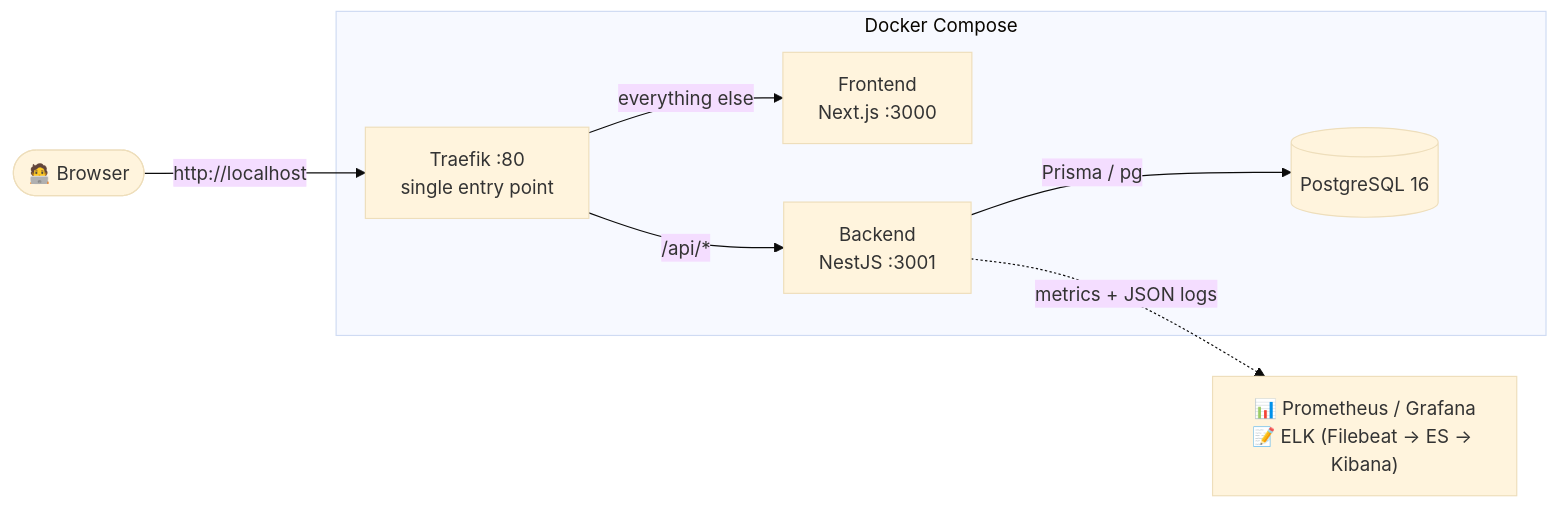
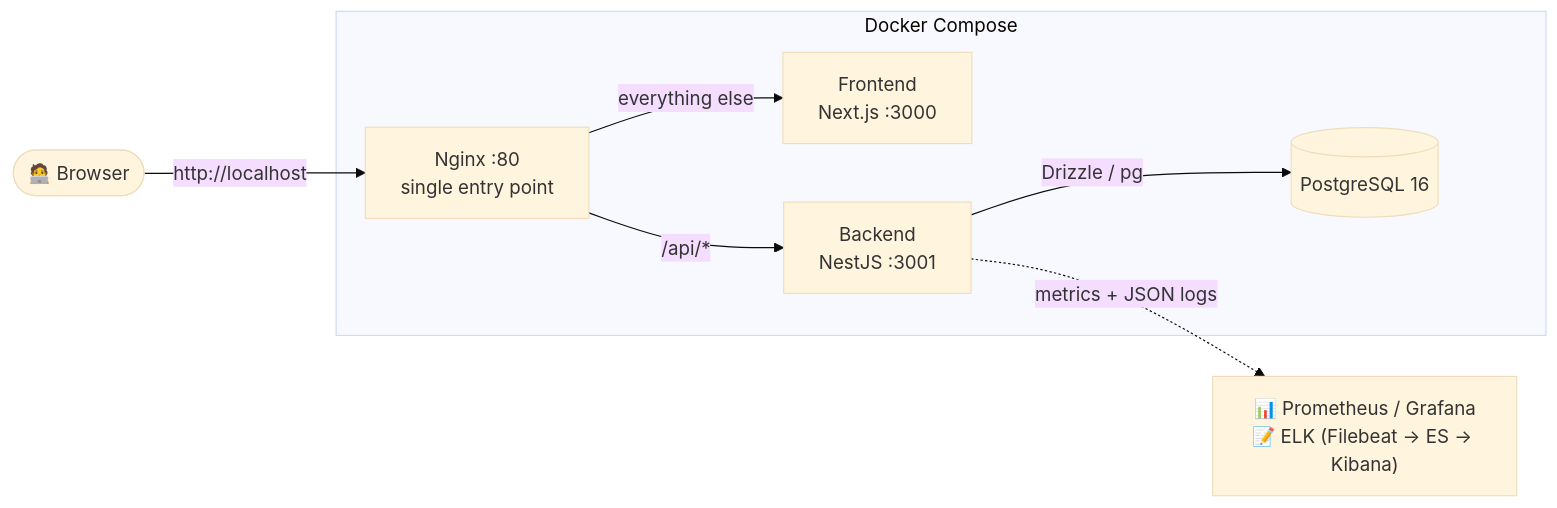
Before and after one commit to dmytronedilko/meeting-room-booking: the diagram in docs/Home.md, drawn with Mermaid (base theme). The commit also changed other lines of this file and 55 other files, not shown here.

First line of the commit message:
refactor(backend): migrate from Prisma 7 to Drizzle ORM

````diff
--- a/docs/Home.md
+++ b/docs/Home.md
@@ -65,19 +65,19 @@
 ```mermaid
 flowchart LR
     Browser(["🧑‍💻 Browser"])
 
     subgraph stack["Docker Compose"]
-        Proxy["Traefik :80<br/>single entry point"]
+        Proxy["Nginx :80<br/>single entry point"]
         FE["Frontend<br/>Next.js :3000"]
         BE["Backend<br/>NestJS :3001"]
         DB[("PostgreSQL 16")]
     end
 
     Obs["📊 Prometheus / Grafana<br/>📝 ELK (Filebeat → ES → Kibana)"]
 
     Browser -->|http://localhost| Proxy
     Proxy -->|/api/*| BE
     Proxy -->|everything else| FE
-    BE -->|Prisma / pg| DB
+    BE -->|Drizzle / pg| DB
     BE -.->|metrics + JSON logs| Obs
 ```
````
